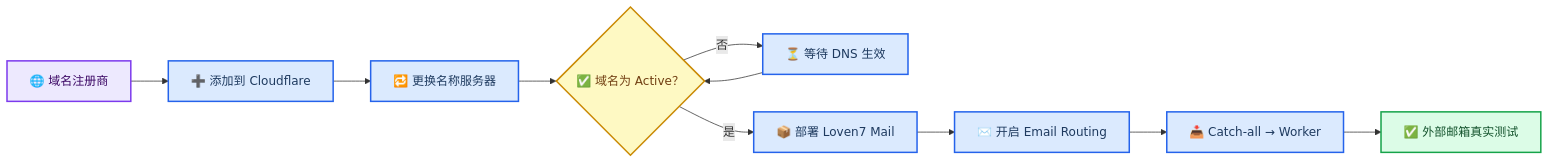
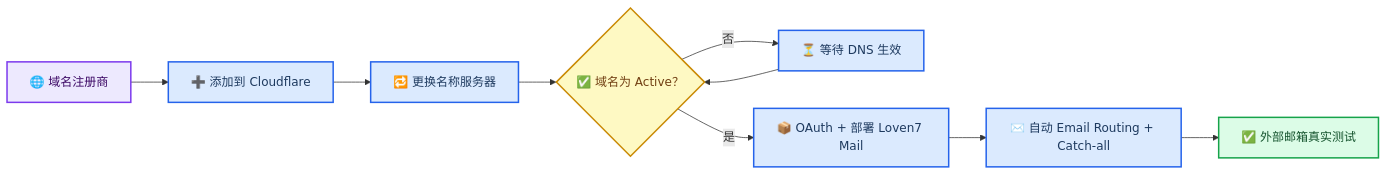
One commit to Lur1N77777/loven7-mail changed the first of 3 diagrams in docs/CLOUDFLARE_DOMAIN_AND_EMAIL.md. Above: the diagram before and after it, drawn with Mermaid. The commit also changed other lines of this file and 30 other files, not shown here.

First line of the commit message:
feat(installer): automate safe Email Routing deployment

````diff
--- a/docs/CLOUDFLARE_DOMAIN_AND_EMAIL.md
+++ b/docs/CLOUDFLARE_DOMAIN_AND_EMAIL.md
@@ -13,25 +13,24 @@
 ```mermaid
 flowchart LR
     accTitle: 域名接入 Loven7 Mail
-    accDescr: 从域名注册商添加域名到 Cloudflare，更换名称服务器，启用 Email Routing，再将 Catch-all 交给 Loven7 Mail Worker 的完整路径。
+    accDescr: 从域名注册商添加域名到 Cloudflare，更换名称服务器，再由 Loven7 Mail 安装器自动启用 Email Routing 并绑定 Catch-all 的完整路径。
 
     registrar["🌐 域名注册商"] --> add_site["➕ 添加到 Cloudflare"]
     add_site --> nameservers["🔁 更换名称服务器"]
     nameservers --> active{"✅ 域名为 Active？"}
     active -->|否| wait_dns["⏳ 等待 DNS 生效"]
     wait_dns --> active
-    active -->|是| installer["📦 部署 Loven7 Mail"]
-    installer --> email_routing["✉️ 开启 Email Routing"]
-    email_routing --> catch_all["📥 Catch-all → Worker"]
-    catch_all --> real_test["✅ 外部邮箱真实测试"]
+    active -->|是| installer["📦 OAuth + 部署 Loven7 Mail"]
+    installer --> email_routing["✉️ 自动 Email Routing + Catch-all"]
+    email_routing --> real_test["✅ 外部邮箱真实测试"]
 
     classDef source fill:#ede9fe,stroke:#7c3aed,stroke-width:2px,color:#3b0764
     classDef process fill:#dbeafe,stroke:#2563eb,stroke-width:2px,color:#1e3a5f
     classDef decision fill:#fef9c3,stroke:#ca8a04,stroke-width:2px,color:#713f12
     classDef success fill:#dcfce7,stroke:#16a34a,stroke-width:2px,color:#14532d
 
     class registrar source
-    class add_site,nameservers,wait_dns,installer,email_routing,catch_all process
+    class add_site,nameservers,wait_dns,installer,email_routing process
     class active decision
     class real_test success
 ```
````
